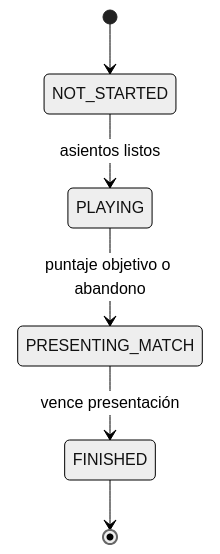
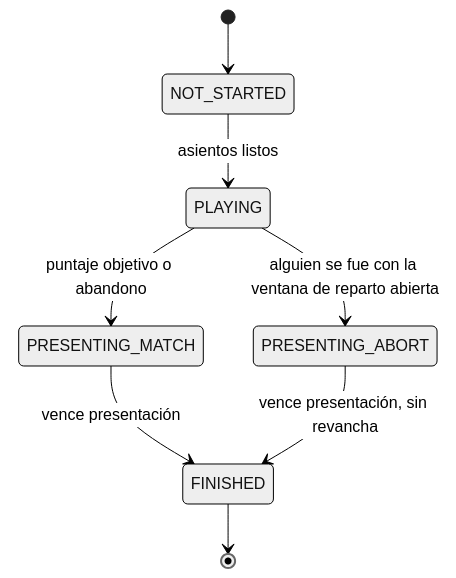
One commit to Betaso-Team/domino-backend-v2 changed the fourth of 5 diagrams in docs/arquitectura.md. Above: the diagram before and after it, drawn with Mermaid (neutral theme). The commit also changed other lines of this file and 2 other files, not shown here.

````diff
--- a/docs/arquitectura.md
+++ b/docs/arquitectura.md
@@ -142,8 +142,10 @@
 ```mermaid
 stateDiagram-v2
   [*] --> NOT_STARTED
   NOT_STARTED --> PLAYING: asientos listos
   PLAYING --> PRESENTING_MATCH: puntaje objetivo o abandono
+  PLAYING --> PRESENTING_ABORT: alguien se fue con la ventana de reparto abierta
   PRESENTING_MATCH --> FINISHED: vence presentación
+  PRESENTING_ABORT --> FINISHED: vence presentación, sin revancha
   FINISHED --> [*]
 ```
````
